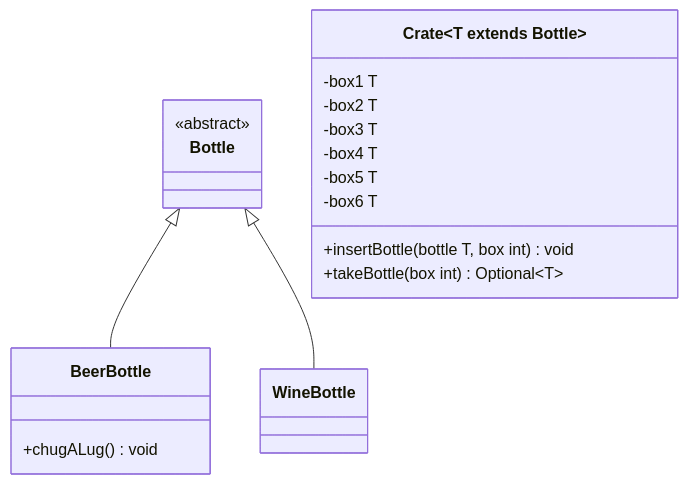
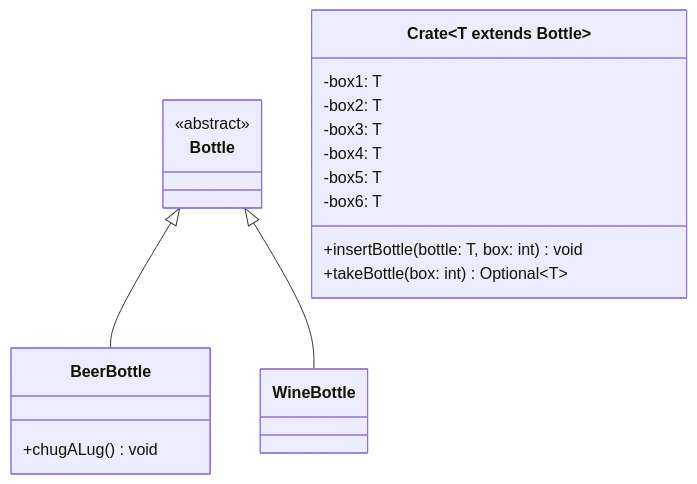
One commit to jappuccini/java-docs changed the diagram in docs/exercises/optionals/optionals03.md. Above: the diagram before and after it, drawn with Mermaid. The commit also changed 76 other files, not shown here.

Commit message:
uml fixes (colons, properties), headline fixes (italic) and exam result updates

````diff
--- a/docs/exercises/optionals/optionals03.md
+++ b/docs/exercises/optionals/optionals03.md
@@ -15,28 +15,28 @@
 ```mermaid
 classDiagram
     Bottle <|-- BeerBottle
     Bottle <|-- WineBottle
 
     class Crate~T extends Bottle~ {
-        -box1 T
-        -box2 T
-        -box3 T
-        -box4 T
-        -box5 T
-        -box6 T
-        +insertBottle(bottle T, box int) void
-        +takeBottle(box int) Optional~T~
+        -box1: T
+        -box2: T
+        -box3: T
+        -box4: T
+        -box5: T
+        -box6: T
+        +insertBottle(bottle: T, box: int) void
+        +takeBottle(box: int) Optional~T~
     }
 
     class Bottle {
         <<abstract>>
     }
 
     class BeerBottle {
         +chugALug() void
     }
 
     class WineBottle {
 
     }
 ```
````
